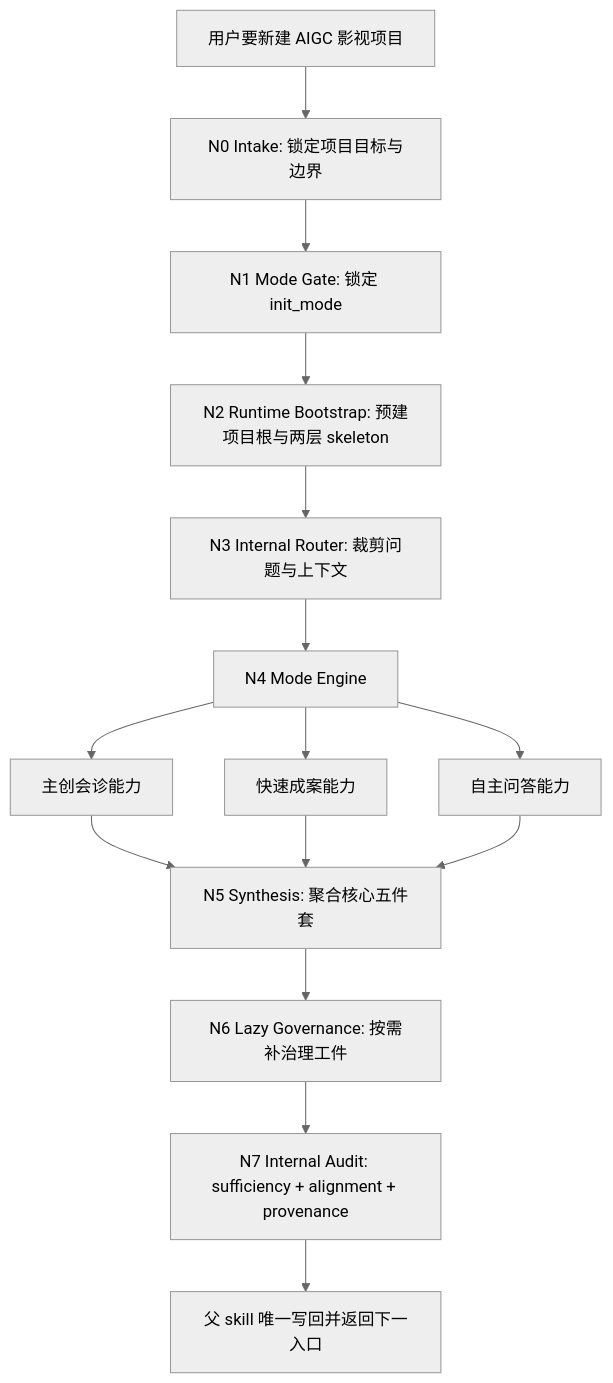
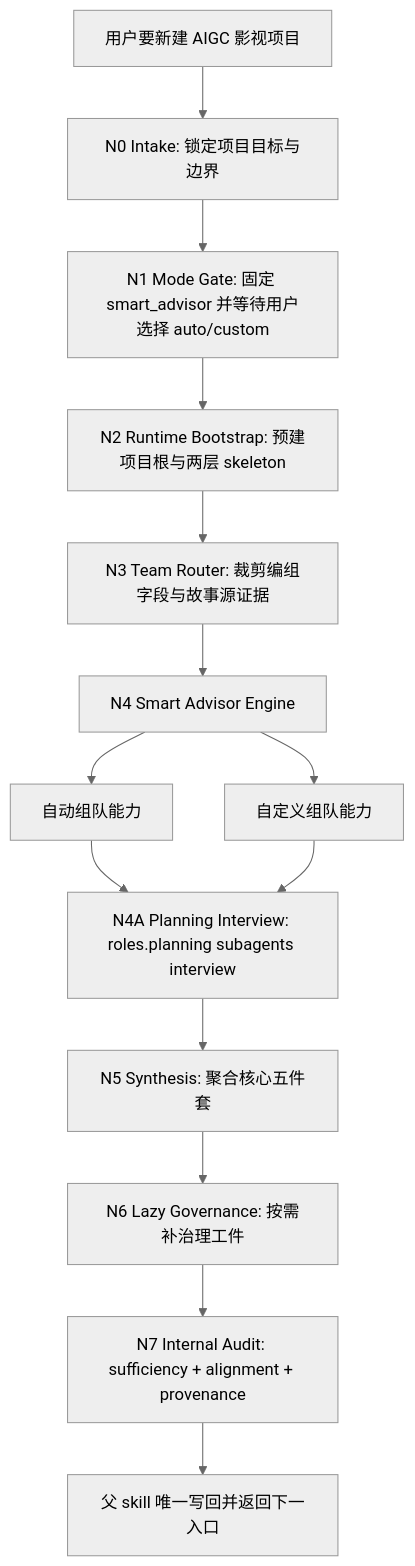
One commit to ZEN-VOID/AI-CUT changed the first of 4 diagrams in .agents/skills/aigc/0-Init/SKILL.md. Above: the diagram before and after it, drawn with Mermaid (neutral theme). The commit also changed other lines of this file and 165 other files, not shown here.

````diff
--- a/.agents/skills/aigc/0-Init/SKILL.md
+++ b/.agents/skills/aigc/0-Init/SKILL.md
@@ -104,17 +108,16 @@
 ```mermaid
 flowchart TD
     A["用户要新建 AIGC 影视项目"] --> B["N0 Intake: 锁定项目目标与边界"]
-    B --> C["N1 Mode Gate: 锁定 init_mode"]
+    B --> C["N1 Mode Gate: 固定 smart_advisor 并等待用户选择 auto/custom"]
     C --> D["N2 Runtime Bootstrap: 预建项目根与两层 skeleton"]
-    D --> E["N3 Internal Router: 裁剪问题与上下文"]
-    E --> F["N4 Mode Engine"]
-    F --> F1["主创会诊能力"]
-    F --> F2["快速成案能力"]
-    F --> F3["自主问答能力"]
-    F1 --> G["N5 Synthesis: 聚合核心五件套"]
+    D --> E["N3 Team Router: 裁剪编组字段与故事源证据"]
+    E --> F["N4 Smart Advisor Engine"]
+    F --> F1["自动组队能力"]
+    F --> F2["自定义组队能力"]
+    F1 --> G["N4A Planning Interview: roles.planning subagents interview"]
     F2 --> G
-    F3 --> G
-    G --> H["N6 Lazy Governance: 按需补治理工件"]
-    H --> I["N7 Internal Audit: sufficiency + alignment + provenance"]
-    I --> J["父 skill 唯一写回并返回下一入口"]
+    G --> H["N5 Synthesis: 聚合核心五件套"]
+    H --> I["N6 Lazy Governance: 按需补治理工件"]
+    I --> J["N7 Internal Audit: sufficiency + alignment + provenance"]
+    J --> K["父 skill 唯一写回并返回下一入口"]
 ```
````
